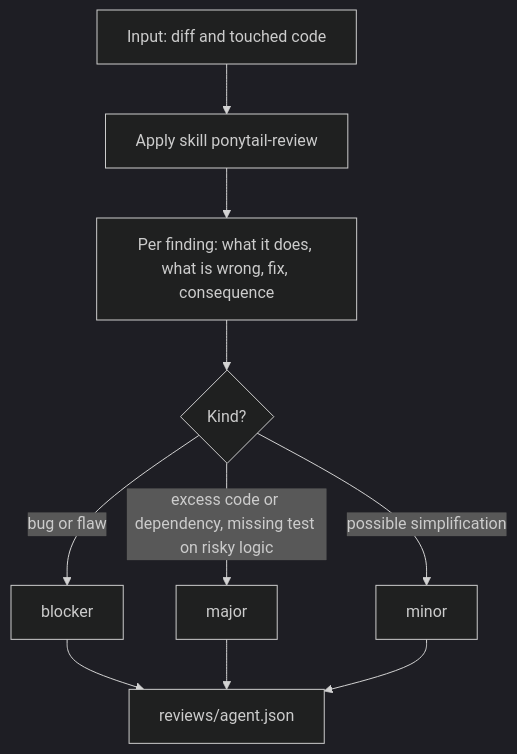
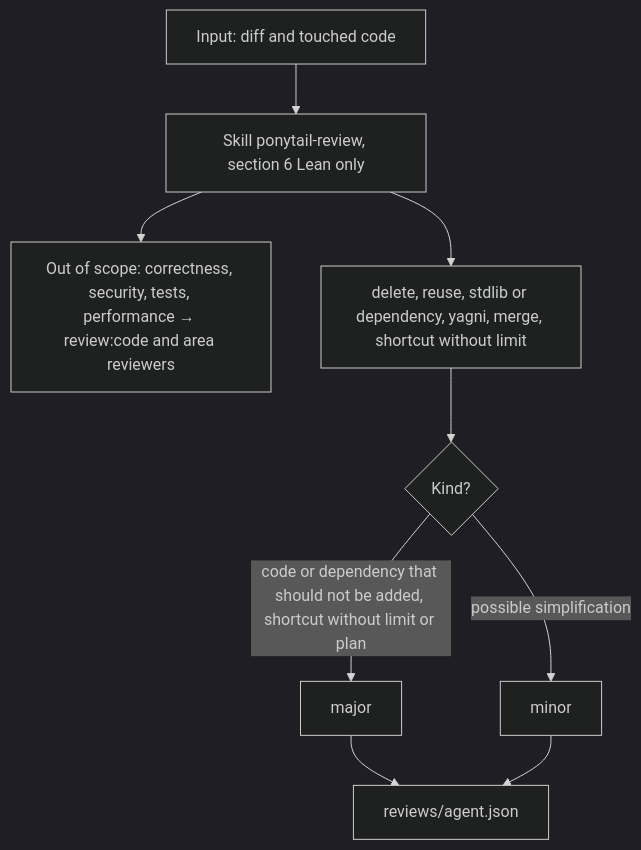
One commit to nicolasmondain/adorno changed the eighth of 11 diagrams in src/agents/review/SCHEMA.md. Above: the diagram before and after it, drawn with Mermaid (dark theme). The commit also changed other lines of this file and 19 other files, not shown here.

First line of the commit message:
refactor(review): scope review:ponytail to the lean axis

````diff
--- a/src/agents/review/SCHEMA.md
+++ b/src/agents/review/SCHEMA.md
@@ -121,12 +121,11 @@
 ```mermaid
 flowchart TD
-  A["Input: diff and touched code"] --> B["Apply skill ponytail-review"]
-  B --> C["Per finding: what it does, what is wrong, fix, consequence"]
+  A["Input: diff and touched code"] --> B["Skill ponytail-review, section 6 Lean only"]
+  B --> O["Out of scope: correctness, security, tests, performance → review:code and area reviewers"]
+  B --> C["delete, reuse, stdlib or dependency, yagni, merge, shortcut without limit"]
   C --> D{"Kind?"}
-  D -->|"bug or flaw"| E["blocker"]
-  D -->|"excess code or dependency, missing test on risky logic"| F["major"]
+  D -->|"code or dependency that should not be added, shortcut without limit or plan"| F["major"]
   D -->|"possible simplification"| G["minor"]
-  E --> H["reviews/agent.json"]
-  F --> H
+  F --> H["reviews/agent.json"]
   G --> H
 ```
````
